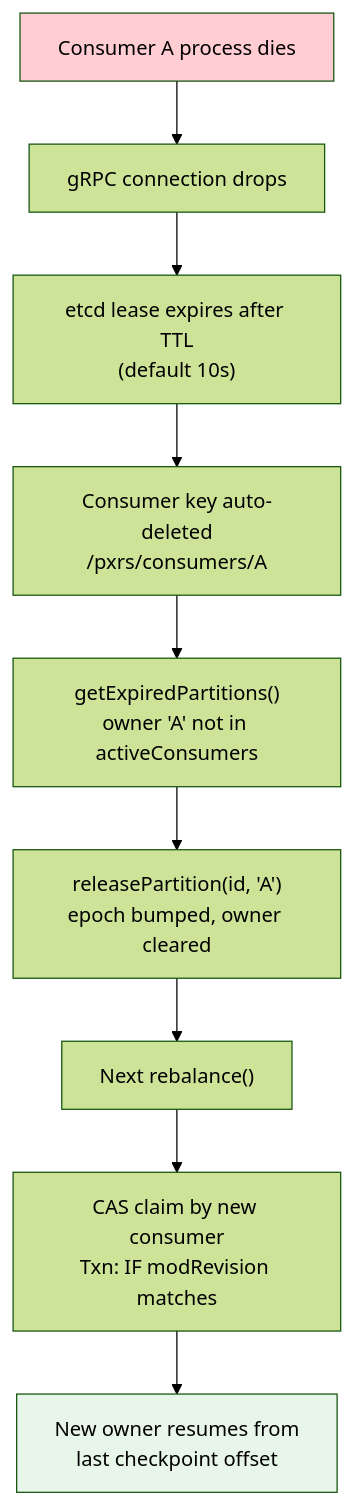
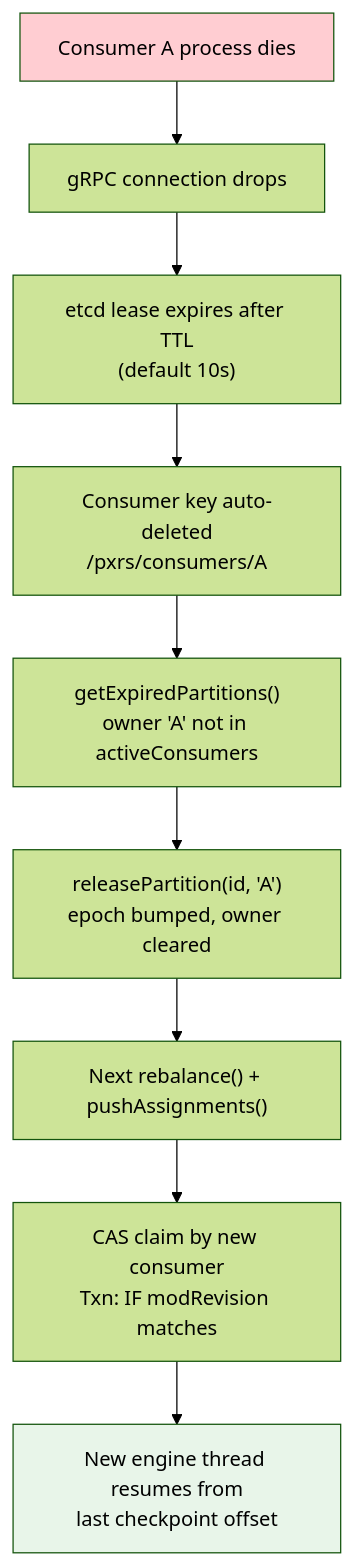
Before and after one commit to Prashant2603/pxrs: the tenth of 11 diagrams in README.md, drawn with Mermaid (forest theme). The commit also changed other lines of this file and 23 other files, not shown here.

````diff
--- a/README.md
+++ b/README.md
@@ -336,14 +365,14 @@
 ```mermaid
 flowchart TD
     A["Consumer A process dies"] --> B["gRPC connection drops"]
     B --> C["etcd lease expires after TTL<br/>(default 10s)"]
     C --> D["Consumer key auto-deleted<br/>/pxrs/consumers/A"]
     D --> E["getExpiredPartitions()<br/>owner 'A' not in activeConsumers"]
     E --> F["releasePartition(id, 'A')<br/>epoch bumped, owner cleared"]
-    F --> G["Next rebalance()"]
+    F --> G["Next rebalance() + pushAssignments()"]
     G --> H["CAS claim by new consumer<br/>Txn: IF modRevision matches"]
-    H --> I["New owner resumes from<br/>last checkpoint offset"]
+    H --> I["New engine thread resumes from<br/>last checkpoint offset"]
 
     style A fill:#ffcdd2
     style I fill:#e8f5e9
 ```
````
